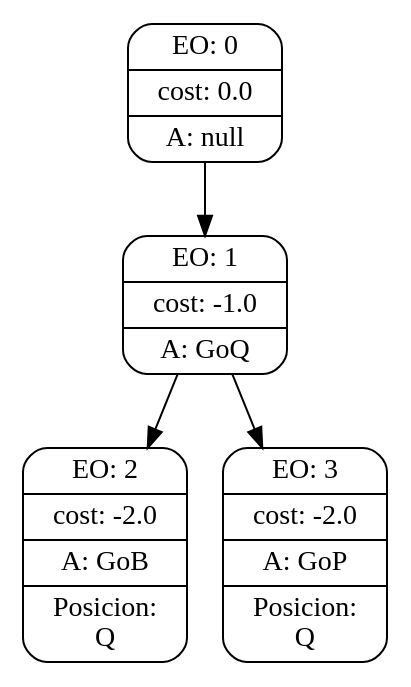
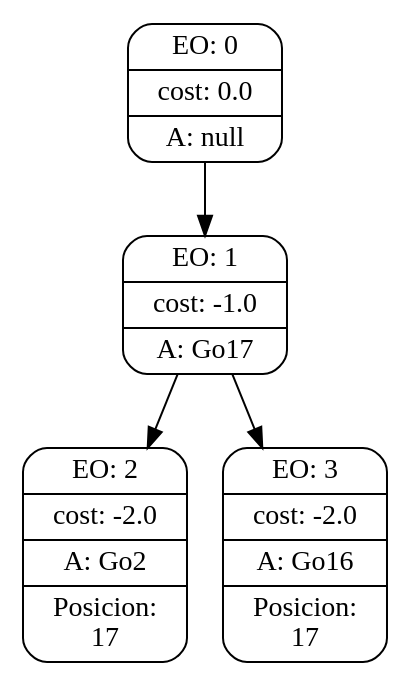
The diagram in searchGVTrees/12.dot (lniklison/TP-Inteligencia-artificial), drawn with Graphviz before and after one commit. The commit also changed 29 other files, not shown here.

```diff
--- a/searchGVTrees/12.dot
+++ b/searchGVTrees/12.dot
@@ -1,15 +1,15 @@
 digraph g {
 node [shape = Mrecord];
 nodo0[label="{EO: 0|cost: 0.0|A: null}"]
-nodo1[label="{EO: 1|cost: -1.0|A: GoQ}"]
-nodo2[label="{EO: 2|cost: -2.0|A: GoB|Posicion:\nQ}"]
+nodo1[label="{EO: 1|cost: -1.0|A: Go17}"]
+nodo2[label="{EO: 2|cost: -2.0|A: Go2|Posicion:\n17}"]
 
 nodo1 -> nodo2;
-nodo3[label="{EO: 3|cost: -2.0|A: GoP|Posicion:\nQ}"]
+nodo3[label="{EO: 3|cost: -2.0|A: Go16|Posicion:\n17}"]
 
 nodo1 -> nodo3;
 
 nodo0 -> nodo1;
 
 
 }
```
